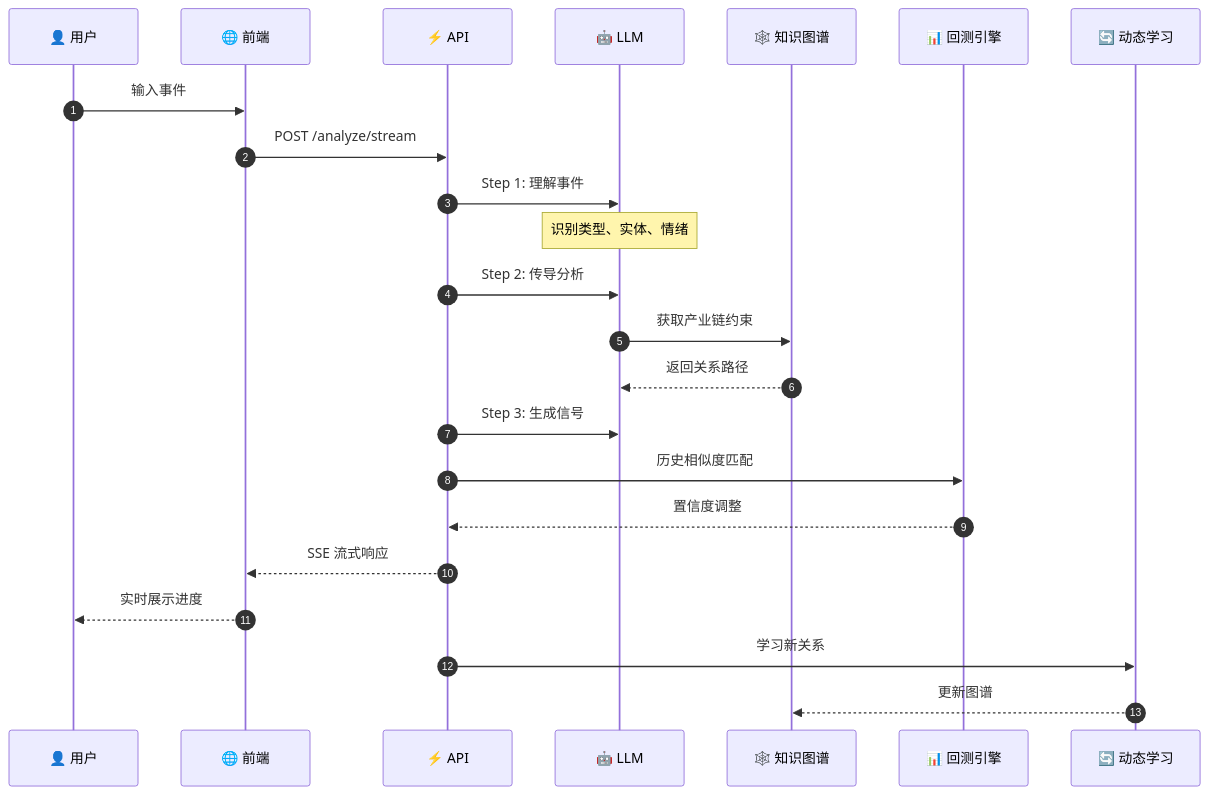
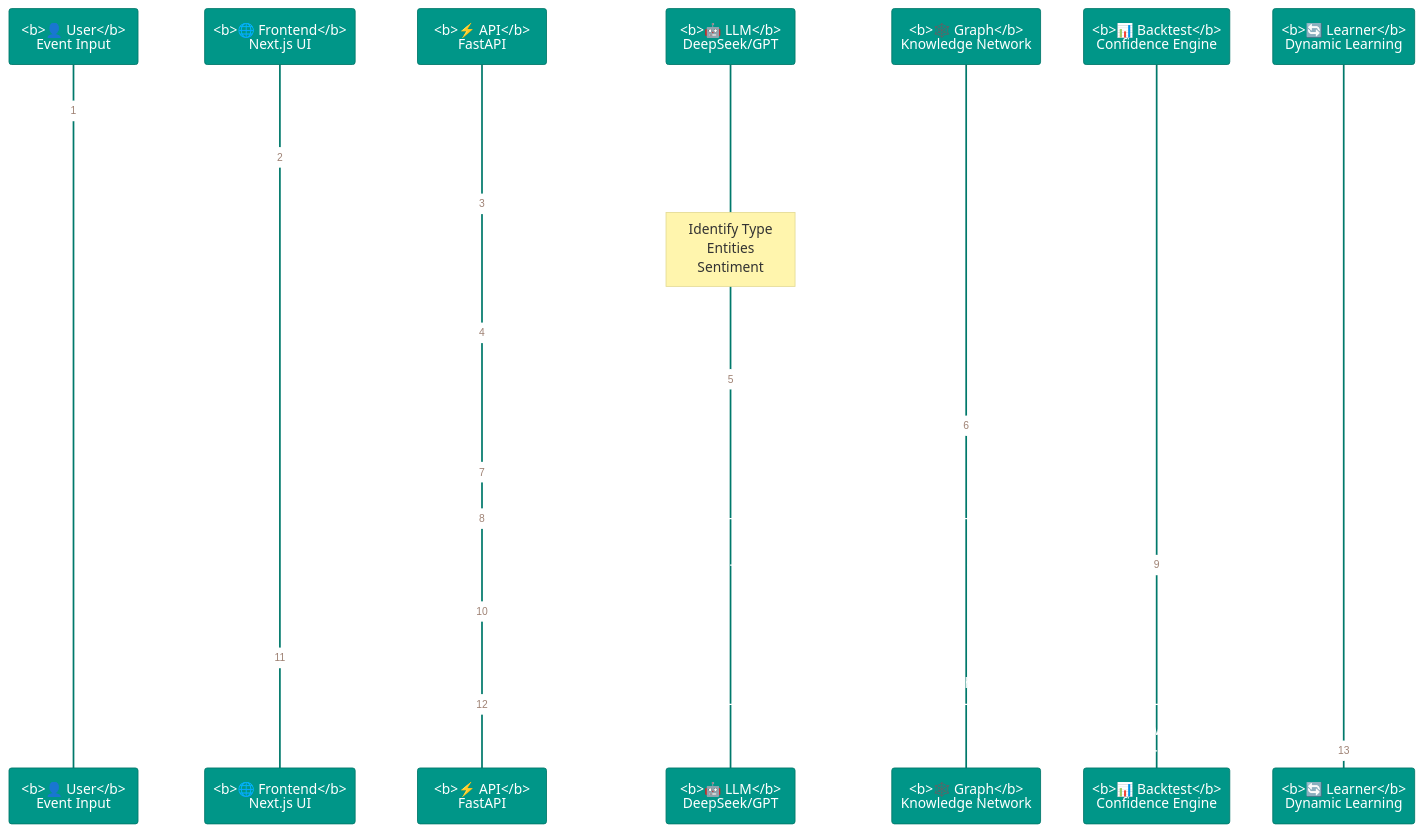
The first of 3 diagrams in README.md (mkih76/event-driven-trading-system), drawn with Mermaid before and after one commit. The commit also changed other lines of this file, not shown here.

````diff
--- a/README.md
+++ b/README.md
@@ -80,30 +89,31 @@
 ```mermaid
+%%{init: {'theme': 'base', 'themeVariables': { 'primaryColor': '#009688', 'primaryTextColor': '#fff', 'primaryBorderColor': '#00796b', 'lineColor': '#607d8b', 'secondaryColor': '#37474f', 'tertiaryColor': '#263238'}}}%%
 sequenceDiagram
     autonumber
-    participant U as 👤 用户
-    participant F as 🌐 前端
-    participant A as ⚡ API
-    participant LLM as 🤖 LLM
-    participant KG as 🕸️ 知识图谱
-    participant BT as 📊 回测引擎
-    participant DL as 🔄 动态学习
+    participant U as <b>👤 User</b><br/>Event Input
+    participant F as <b>🌐 Frontend</b><br/>Next.js UI
+    participant A as <b>⚡ API</b><br/>FastAPI
+    participant LLM as <b>🤖 LLM</b><br/>DeepSeek/GPT
+    participant KG as <b>🕸️ Graph</b><br/>Knowledge Network
+    participant BT as <b>📊 Backtest</b><br/>Confidence Engine
+    participant DL as <b>🔄 Learner</b><br/>Dynamic Learning
 
-    U->>F: 输入事件
+    U->>F: Submit Event
     F->>A: POST /analyze/stream
-    A->>LLM: Step 1: 理解事件
-    Note over LLM: 识别类型、实体、情绪
+    A->>LLM: Step 1: Event Understanding
+    Note over LLM: Identify Type<br/>Entities<br/>Sentiment
 
-    A->>LLM: Step 2: 传导分析
-    LLM->>KG: 获取产业链约束
-    KG-->>LLM: 返回关系路径
+    A->>LLM: Step 2: Transmission Analysis
+    LLM->>KG: Query Industry Constraints
+    KG-->>LLM: Return Relationship Paths
 
-    A->>LLM: Step 3: 生成信号
-    A->>BT: 历史相似度匹配
-    BT-->>A: 置信度调整
+    A->>LLM: Step 3: Signal Generation
+    A->>BT: Historical Similarity Match
+    BT-->>A: Confidence Adjustment
 
-    A-->>F: SSE 流式响应
-    F-->>U: 实时展示进度
+    A-->>F: SSE Stream Response
+    F-->>U: Real-time Visualization
 
-    A->>DL: 学习新关系
-    DL-->>KG: 更新图谱
+    A->>DL: Learn New Relationships
+    DL-->>KG: Update Knowledge Graph
 ```
````
